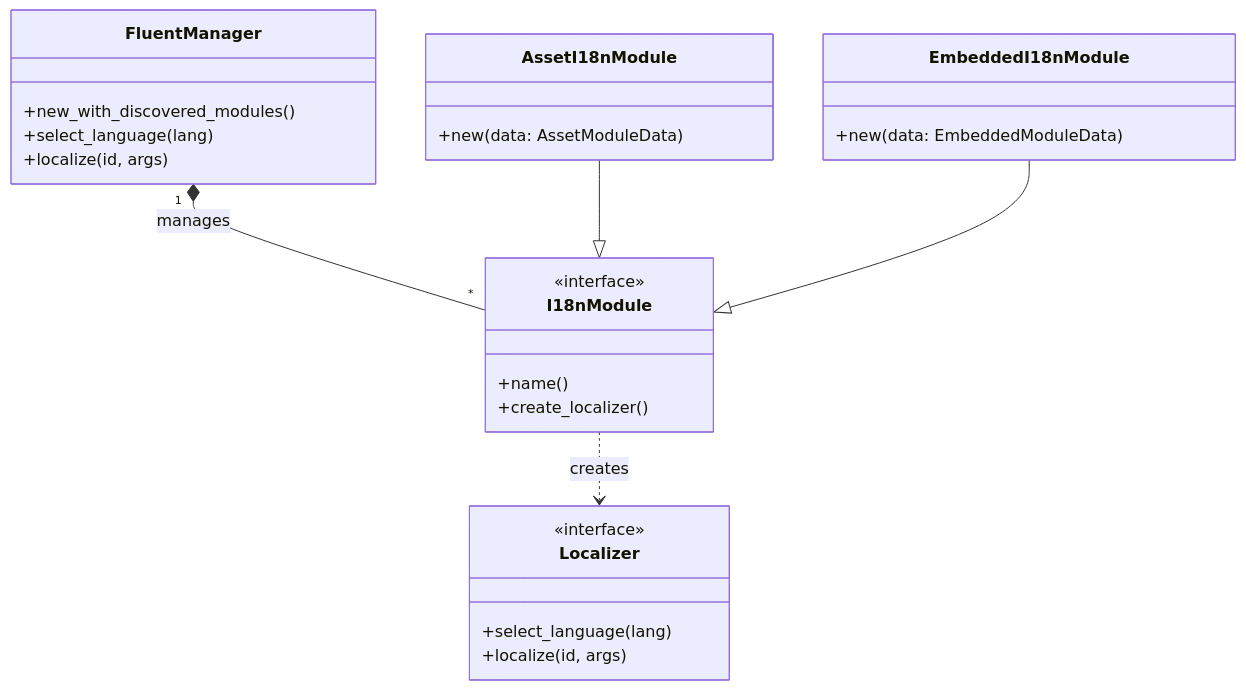
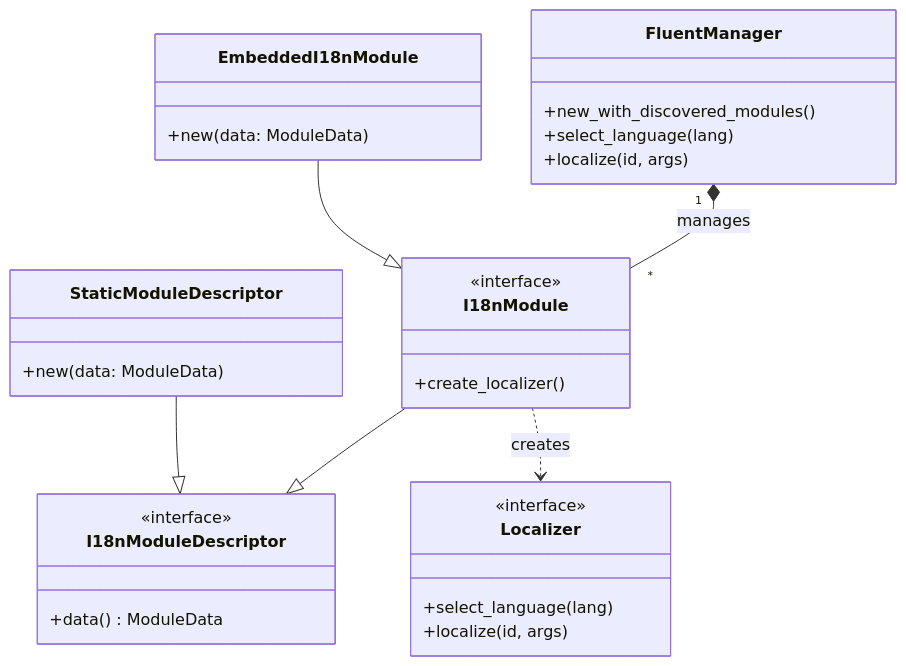
One commit to stayhydated/es-fluent changed the diagram in crates/es-fluent-manager-core/docs/ARCHITECTURE.md. Above: the diagram before and after it, drawn with Mermaid. The commit also changed other lines of this file and 12 other files, not shown here.

````diff
--- a/crates/es-fluent-manager-core/docs/ARCHITECTURE.md
+++ b/crates/es-fluent-manager-core/docs/ARCHITECTURE.md
@@ -13,33 +13,38 @@
 ```mermaid
 classDiagram
     class FluentManager {
         +new_with_discovered_modules()
         +select_language(lang)
         +localize(id, args)
     }
 
+    class I18nModuleDescriptor {
+        <<interface>>
+        +data() ModuleData
+    }
+
     class I18nModule {
         <<interface>>
-        +name()
         +create_localizer()
     }
 
     class Localizer {
         <<interface>>
         +select_language(lang)
         +localize(id, args)
     }
 
-    class AssetI18nModule {
-        +new(data: AssetModuleData)
+    class StaticModuleDescriptor {
+        +new(data: ModuleData)
     }
 
     class EmbeddedI18nModule {
-        +new(data: EmbeddedModuleData)
+        +new(data: ModuleData)
     }
 
+    I18nModule --|> I18nModuleDescriptor
     FluentManager "1" *-- "*" I18nModule : manages
     I18nModule ..> Localizer : creates
-    AssetI18nModule --|> I18nModule
+    StaticModuleDescriptor --|> I18nModuleDescriptor
     EmbeddedI18nModule --|> I18nModule
 ```
````
